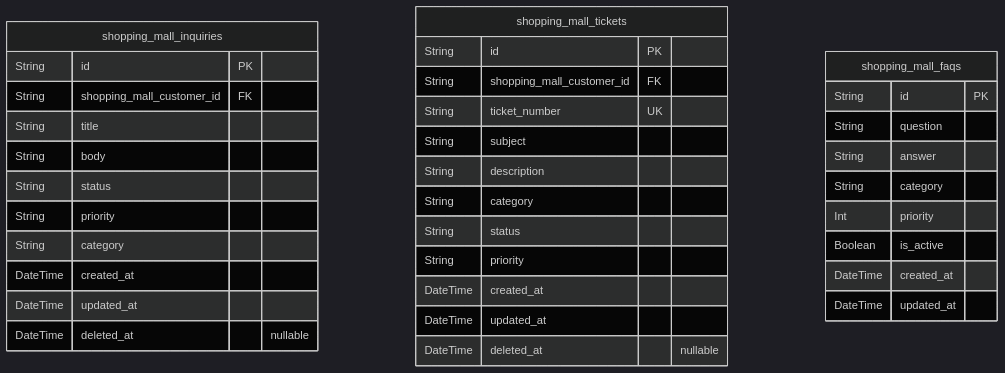
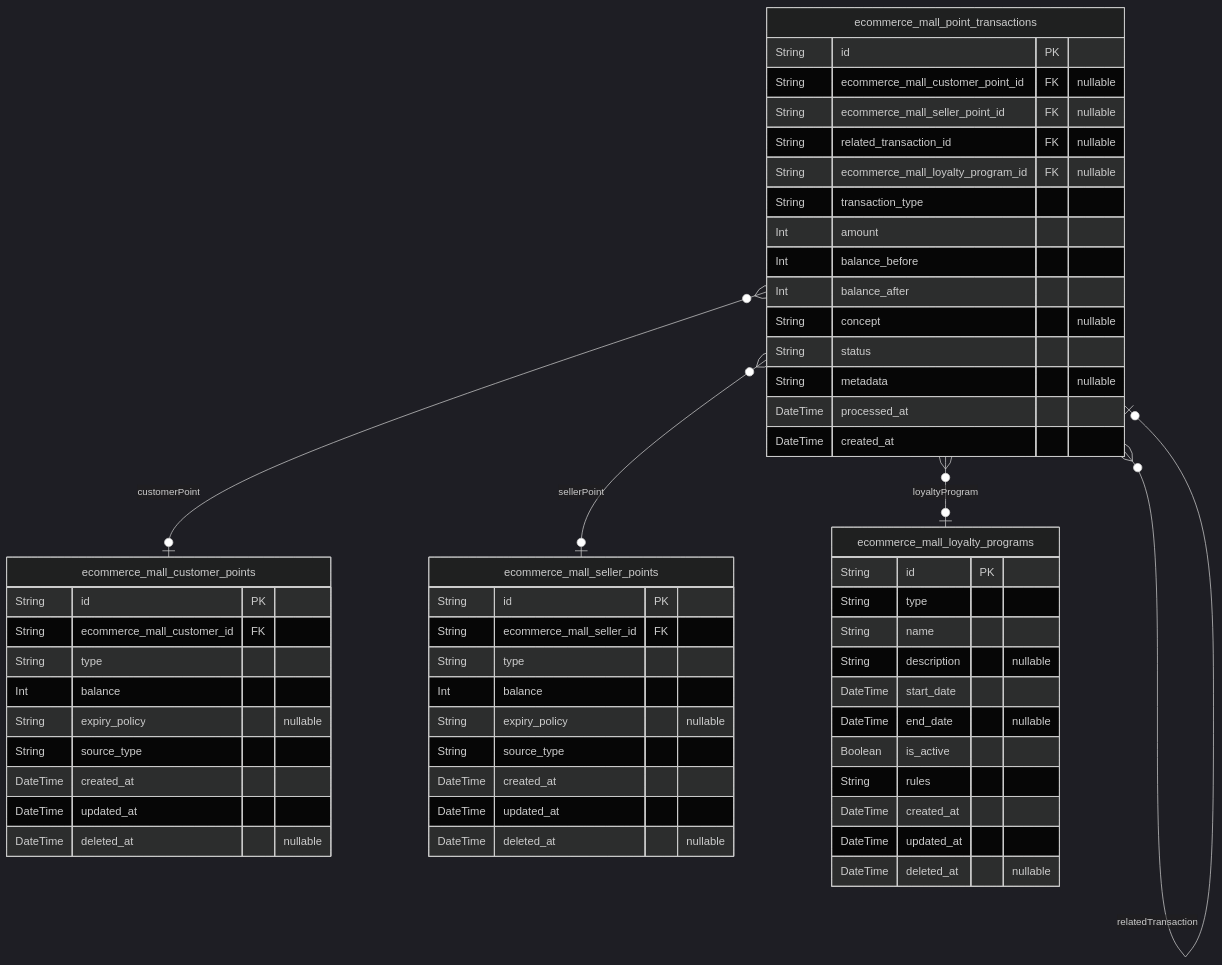
The eighth of 11 diagrams in moonshotai/kimi-k2-0905-exacto/shopping/docs/ERD.md (wrtnlabs/autobe-examples), drawn with Mermaid (dark theme) before and after one commit. The commit also changed other lines of this file and 3761 other files, not shown here.

````diff
--- a/moonshotai/kimi-k2-0905-exacto/shopping/docs/ERD.md
+++ b/moonshotai/kimi-k2-0905-exacto/shopping/docs/ERD.md
@@ -1536,38 +2500,58 @@
 ```mermaid
 erDiagram
-"shopping_mall_inquiries" {
+"ecommerce_mall_customer_points" {
   String id PK
-  String shopping_mall_customer_id FK
-  String title
-  String body
-  String status
-  String priority
-  String category
+  String ecommerce_mall_customer_id FK
+  String type
+  Int balance
+  String expiry_policy "nullable"
+  String source_type
   DateTime created_at
   DateTime updated_at
   DateTime deleted_at "nullable"
 }
-"shopping_mall_tickets" {
+"ecommerce_mall_seller_points" {
   String id PK
-  String shopping_mall_customer_id FK
-  String ticket_number UK
-  String subject
-  String description
-  String category
-  String status
-  String priority
+  String ecommerce_mall_seller_id FK
+  String type
+  Int balance
+  String expiry_policy "nullable"
+  String source_type
   DateTime created_at
   DateTime updated_at
   DateTime deleted_at "nullable"
 }
-"shopping_mall_faqs" {
+"ecommerce_mall_point_transactions" {
   String id PK
-  String question
-  String answer
-  String category
-  Int priority
+  String ecommerce_mall_customer_point_id FK "nullable"
+  String ecommerce_mall_seller_point_id FK "nullable"
+  String related_transaction_id FK "nullable"
+  String ecommerce_mall_loyalty_program_id FK "nullable"
+  String transaction_type
+  Int amount
+  Int balance_before
+  Int balance_after
+  String concept "nullable"
+  String status
+  String metadata "nullable"
+  DateTime processed_at
+  DateTime created_at
+}
+"ecommerce_mall_loyalty_programs" {
+  String id PK
+  String type
+  String name
+  String description "nullable"
+  DateTime start_date
+  DateTime end_date "nullable"
   Boolean is_active
+  String rules
   DateTime created_at
   DateTime updated_at
+  DateTime deleted_at "nullable"
 }
+"ecommerce_mall_point_transactions" }o--o| "ecommerce_mall_customer_points" : customerPoint
+"ecommerce_mall_point_transactions" }o--o| "ecommerce_mall_seller_points" : sellerPoint
+"ecommerce_mall_point_transactions" }o--o| "ecommerce_mall_point_transactions" : relatedTransaction
+"ecommerce_mall_point_transactions" }o--o| "ecommerce_mall_loyalty_programs" : loyaltyProgram
 ```
````
